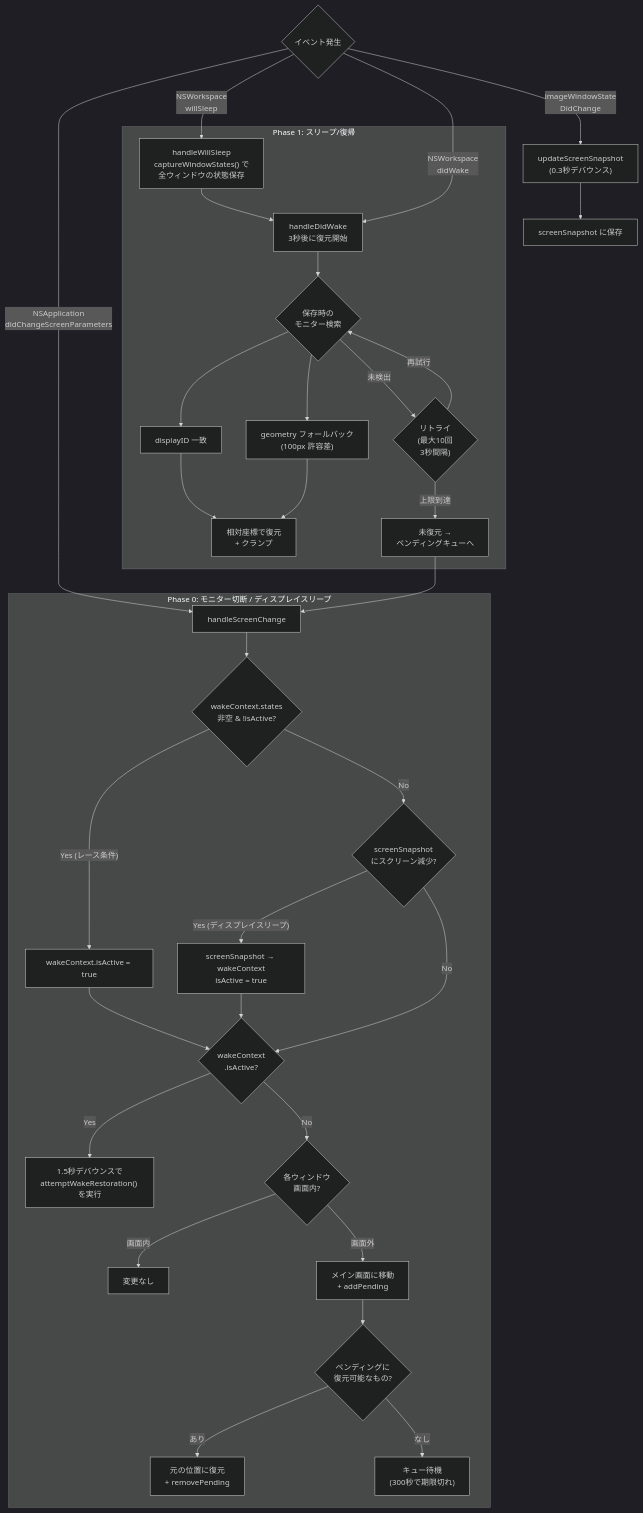
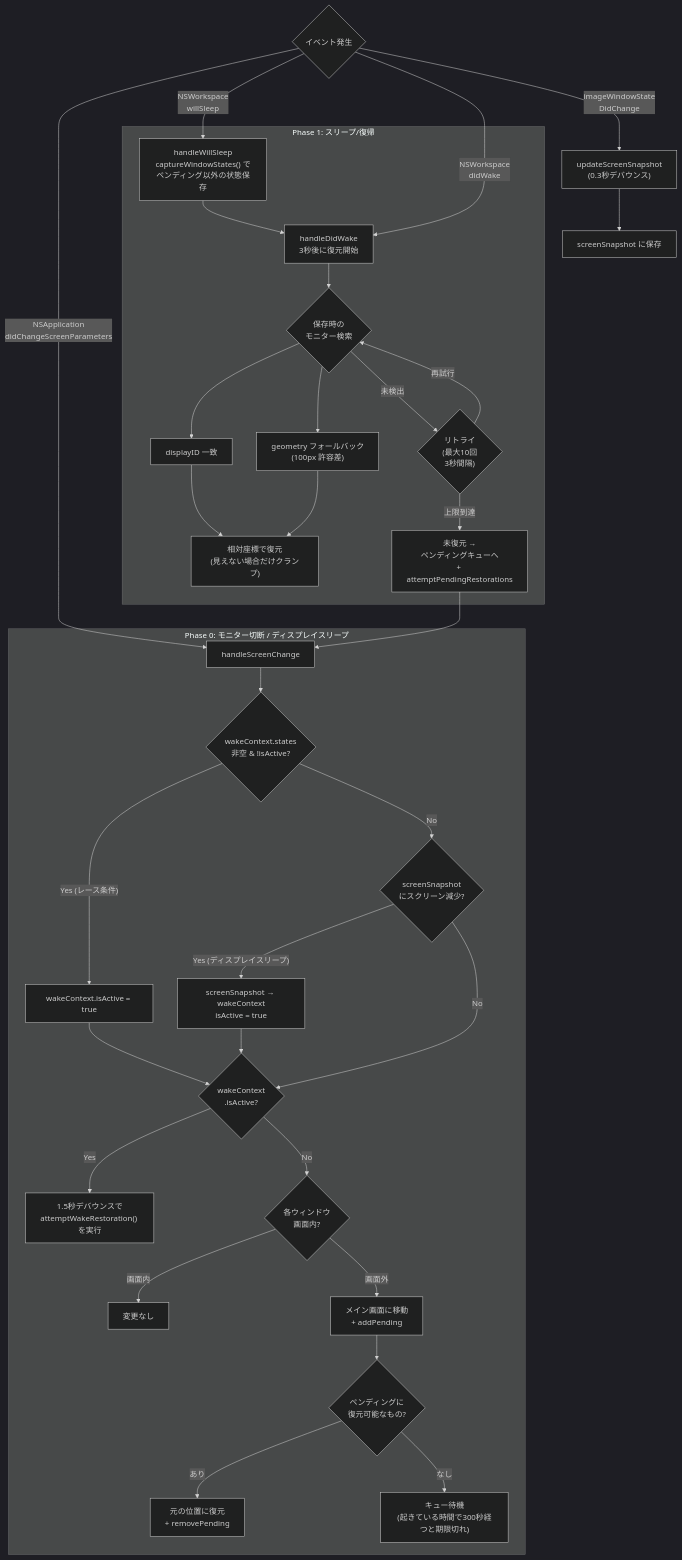
One commit to shiroemons/sobani changed the second of 2 diagrams in docs/guide/update-and-restore.md. Above: the diagram before and after it, drawn with Mermaid (dark theme). The commit also changed other lines of this file and 2 other files, not shown here.

````diff
--- a/docs/guide/update-and-restore.md
+++ b/docs/guide/update-and-restore.md
@@ -90,59 +90,59 @@
 ```mermaid
 flowchart TD
     Event{"イベント発生"}
 
     Event -->|"NSApplication<br/>didChangeScreenParameters"| P0
     Event -->|"NSWorkspace<br/>willSleep"| P1S
     Event -->|"NSWorkspace<br/>didWake"| P1W
     Event -->|"imageWindowState<br/>DidChange"| SNAP["updateScreenSnapshot<br/>(0.3秒デバウンス)"]
     SNAP --> SNAPSTORE["screenSnapshot に保存"]
 
     subgraph Phase0["Phase 0: モニター切断 / ディスプレイスリープ"]
         P0["handleScreenChange"]
         P0RACE{"wakeContext.states<br/>非空 & !isActive?"}
         P0SNAP{"screenSnapshot<br/>にスクリーン減少?"}
         P0CHK{"wakeContext<br/>.isActive?"}
         P0VIS{"各ウィンドウ<br/>画面内?"}
         P0MOVE["メイン画面に移動<br/>+ addPending"]
         P0REST{"ペンディングに<br/>復元可能なもの?"}
         P0OK["元の位置に復元<br/>+ removePending"]
 
         P0 --> P0RACE
         P0RACE -->|"Yes (レース条件)"| P0ACTIVATE["wakeContext.isActive = true"]
         P0RACE -->|No| P0SNAP
         P0SNAP -->|"Yes (ディスプレイスリープ)"| P0COPY["screenSnapshot → wakeContext<br/>isActive = true"]
         P0SNAP -->|No| P0CHK
         P0ACTIVATE --> P0CHK
         P0COPY --> P0CHK
         P0CHK -->|Yes| P0SKIP["1.5秒デバウンスで<br/>attemptWakeRestoration() を実行"]
         P0CHK -->|No| P0VIS
         P0VIS -->|画面内| P0SKIP2["変更なし"]
         P0VIS -->|画面外| P0MOVE
         P0MOVE --> P0REST
         P0REST -->|あり| P0OK
-        P0REST -->|なし| P0WAIT["キュー待機<br/>(300秒で期限切れ)"]
+        P0REST -->|なし| P0WAIT["キュー待機<br/>(起きている時間で300秒経つと期限切れ)"]
     end
 
     subgraph Phase1["Phase 1: スリープ/復帰"]
-        P1S["handleWillSleep<br/>captureWindowStates() で<br/>全ウィンドウの状態保存"]
+        P1S["handleWillSleep<br/>captureWindowStates() で<br/>ペンディング以外の状態保存"]
         P1W["handleDidWake<br/>3秒後に復元開始"]
         P1FIND{"保存時の<br/>モニター検索"}
         P1ID["displayID 一致"]
         P1GEO["geometry フォールバック<br/>(100px 許容差)"]
-        P1RESTORE["相対座標で復元<br/>+ クランプ"]
+        P1RESTORE["相対座標で復元<br/>(見えない場合だけクランプ)"]
         P1RETRY{"リトライ<br/>(最大10回<br/>3秒間隔)"}
-        P1PENDING["未復元 →<br/>ペンディングキューへ"]
+        P1PENDING["未復元 →<br/>ペンディングキューへ<br/>+ attemptPendingRestorations"]
 
         P1S --> P1W
         P1W --> P1FIND
         P1FIND --> P1ID
         P1FIND --> P1GEO
         P1ID --> P1RESTORE
         P1GEO --> P1RESTORE
         P1FIND -->|未検出| P1RETRY
         P1RETRY -->|再試行| P1FIND
         P1RETRY -->|上限到達| P1PENDING
     end
 
     P1PENDING --> P0
 ```
````
